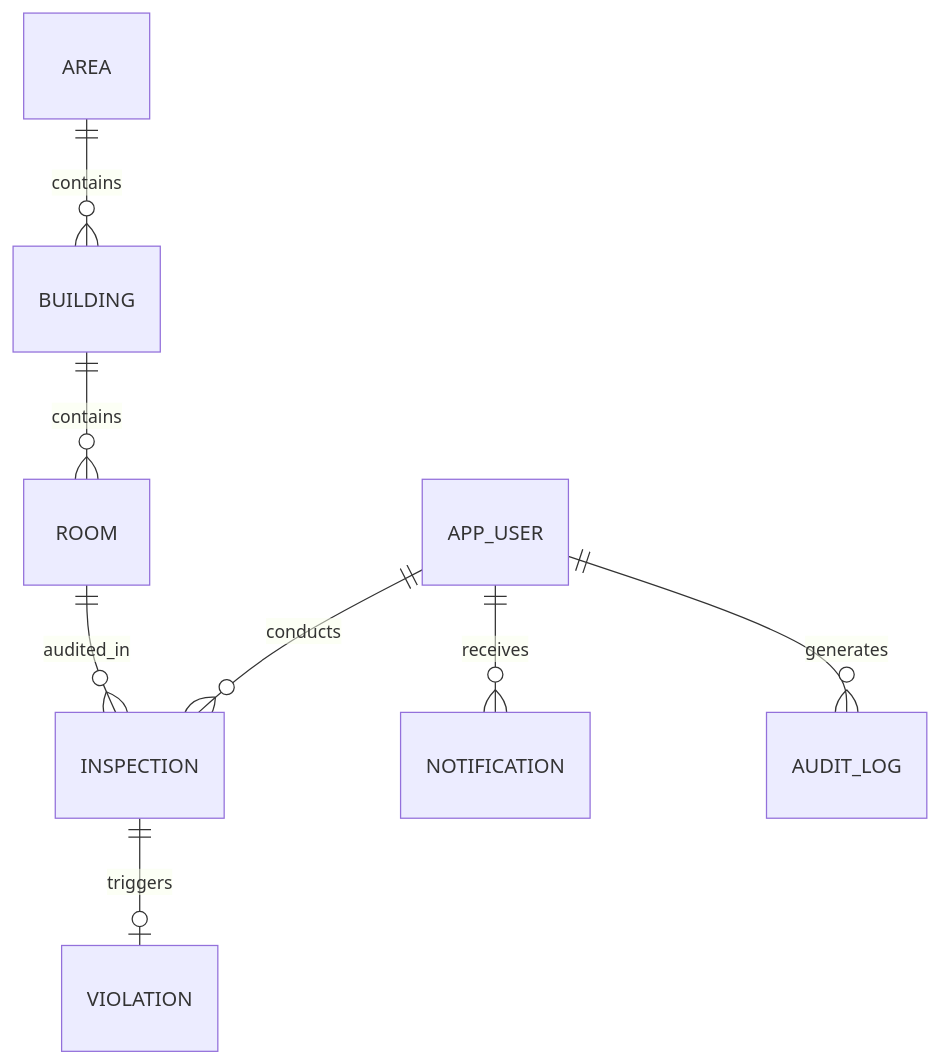
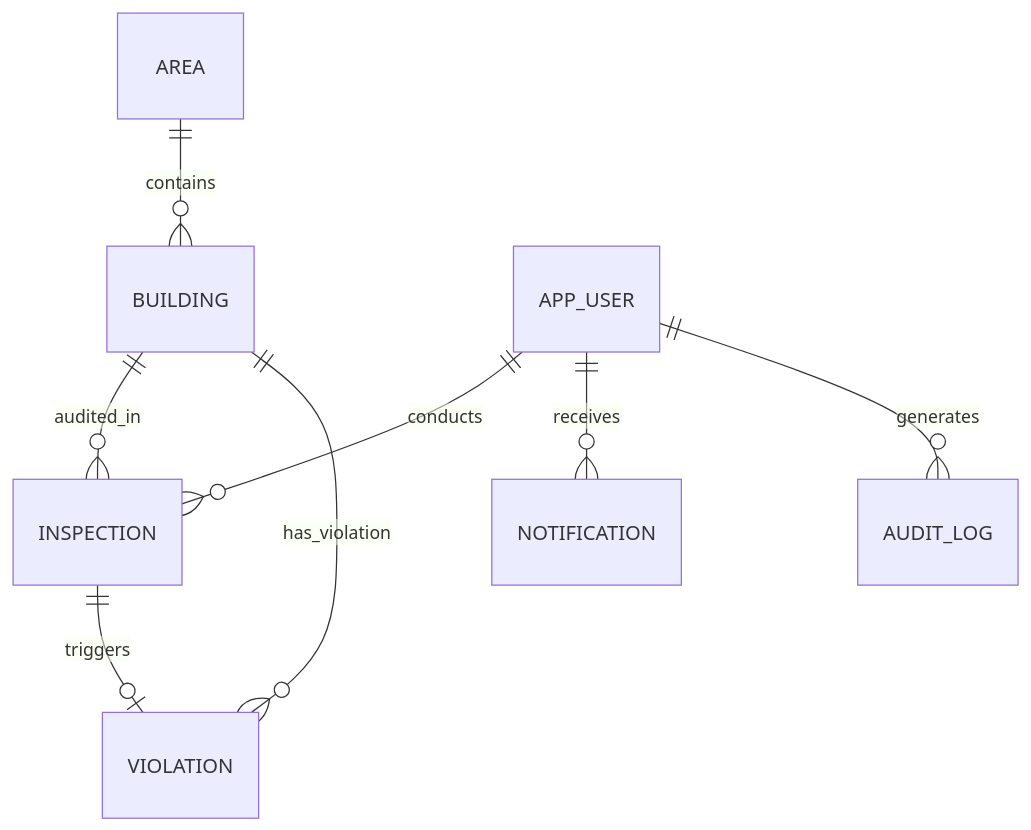
One commit to Prashant124715/waste-watch changed the diagram in DATABASE_DESIGN.md. Above: the diagram before and after it, drawn with Mermaid. The commit also changed other lines of this file and 49 other files, not shown here.

Commit message:
feat(admin): integrate unified admin backgrounds, glassmorphism shell, and building-level inspection architecture

````diff
--- a/DATABASE_DESIGN.md
+++ b/DATABASE_DESIGN.md
@@ -31,10 +31,10 @@
 ```mermaid
 erDiagram
     AREA ||--o{ BUILDING : contains
-    BUILDING ||--o{ ROOM : contains
-    ROOM ||--o{ INSPECTION : audited_in
+    BUILDING ||--o{ INSPECTION : audited_in
     APP_USER ||--o{ INSPECTION : conducts
     INSPECTION ||--o| VIOLATION : triggers
+    BUILDING ||--o{ VIOLATION : has_violation
     APP_USER ||--o{ NOTIFICATION : receives
     APP_USER ||--o{ AUDIT_LOG : generates
 ```
````
